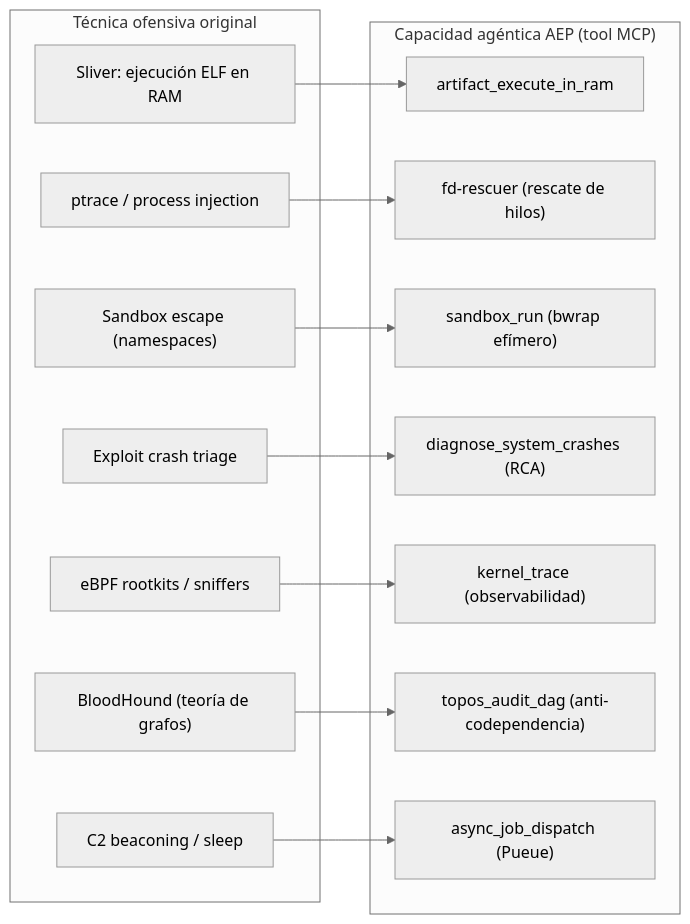
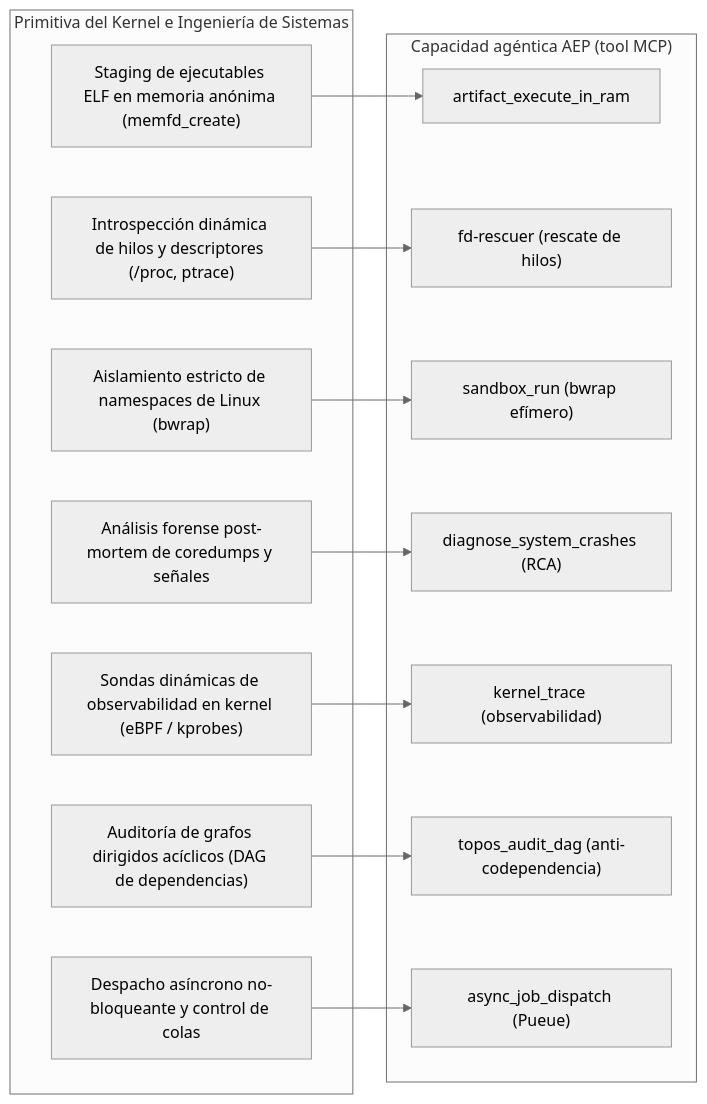
The third of 14 diagrams in README.md (ancrz/agent-execution-plane), drawn with Mermaid (neutral theme) before and after one commit. The commit also changed other lines of this file and 2 other files, not shown here.

First line of the commit message:
docs(readme): expand capability reference tables, omarchy specs, and lifecycle diagrams

````diff
--- a/README.md
+++ b/README.md
@@ -128,28 +174,28 @@
 ```mermaid
 flowchart LR
-    subgraph Off["Técnica ofensiva original"]
-        O1["Sliver: ejecución ELF en RAM"]
-        O2["ptrace / process injection"]
-        O3["Sandbox escape (namespaces)"]
-        O4["Exploit crash triage"]
-        O5["eBPF rootkits / sniffers"]
-        O6["BloodHound (teoría de grafos)"]
-        O7["C2 beaconing / sleep"]
+    subgraph Off["Primitiva del Kernel e Ingeniería de Sistemas"]
+        O1["Staging de ejecutables ELF en memoria anónima (memfd_create)"]
+        O2["Introspección dinámica de hilos y descriptores (/proc, ptrace)"]
+        O3["Aislamiento estricto de namespaces de Linux (bwrap)"]
+        O4["Análisis forense post-mortem de coredumps y señales"]
+        O5["Sondas dinámicas de observabilidad en kernel (eBPF / kprobes)"]
+        O6["Auditoría de grafos dirigidos acíclicos (DAG de dependencias)"]
+        O7["Despacho asíncrono no-bloqueante y control de colas"]
     end
     subgraph Ag["Capacidad agéntica AEP (tool MCP)"]
         A1["artifact_execute_in_ram"]
         A2["fd-rescuer (rescate de hilos)"]
         A3["sandbox_run (bwrap efímero)"]
         A4["diagnose_system_crashes (RCA)"]
         A5["kernel_trace (observabilidad)"]
         A6["topos_audit_dag (anti-codependencia)"]
         A7["async_job_dispatch (Pueue)"]
     end
     O1 --> A1
     O2 --> A2
     O3 --> A3
     O4 --> A4
     O5 --> A5
     O6 --> A6
     O7 --> A7
 ```
````
